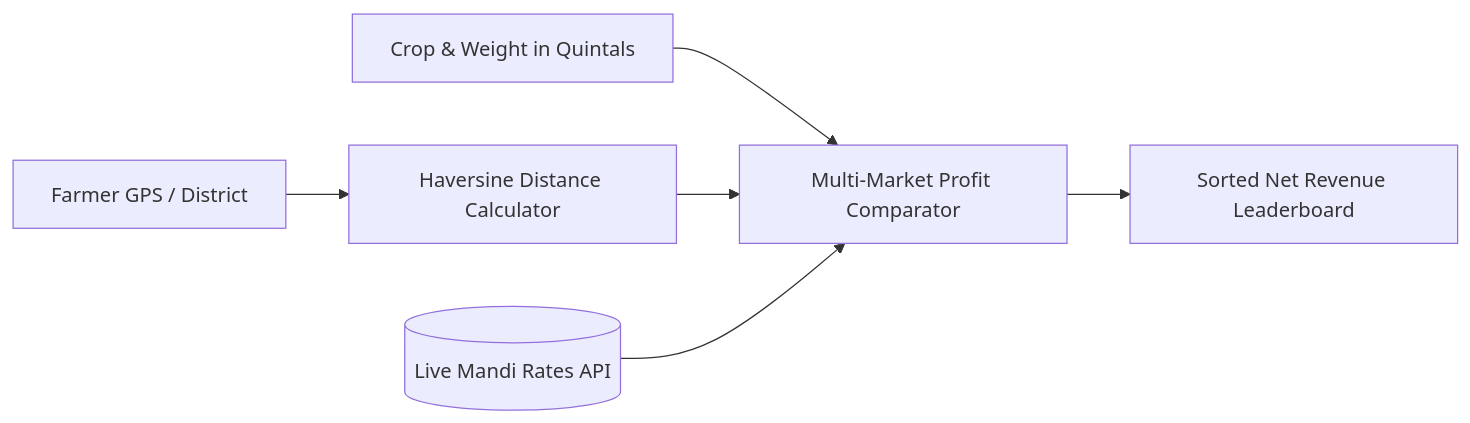
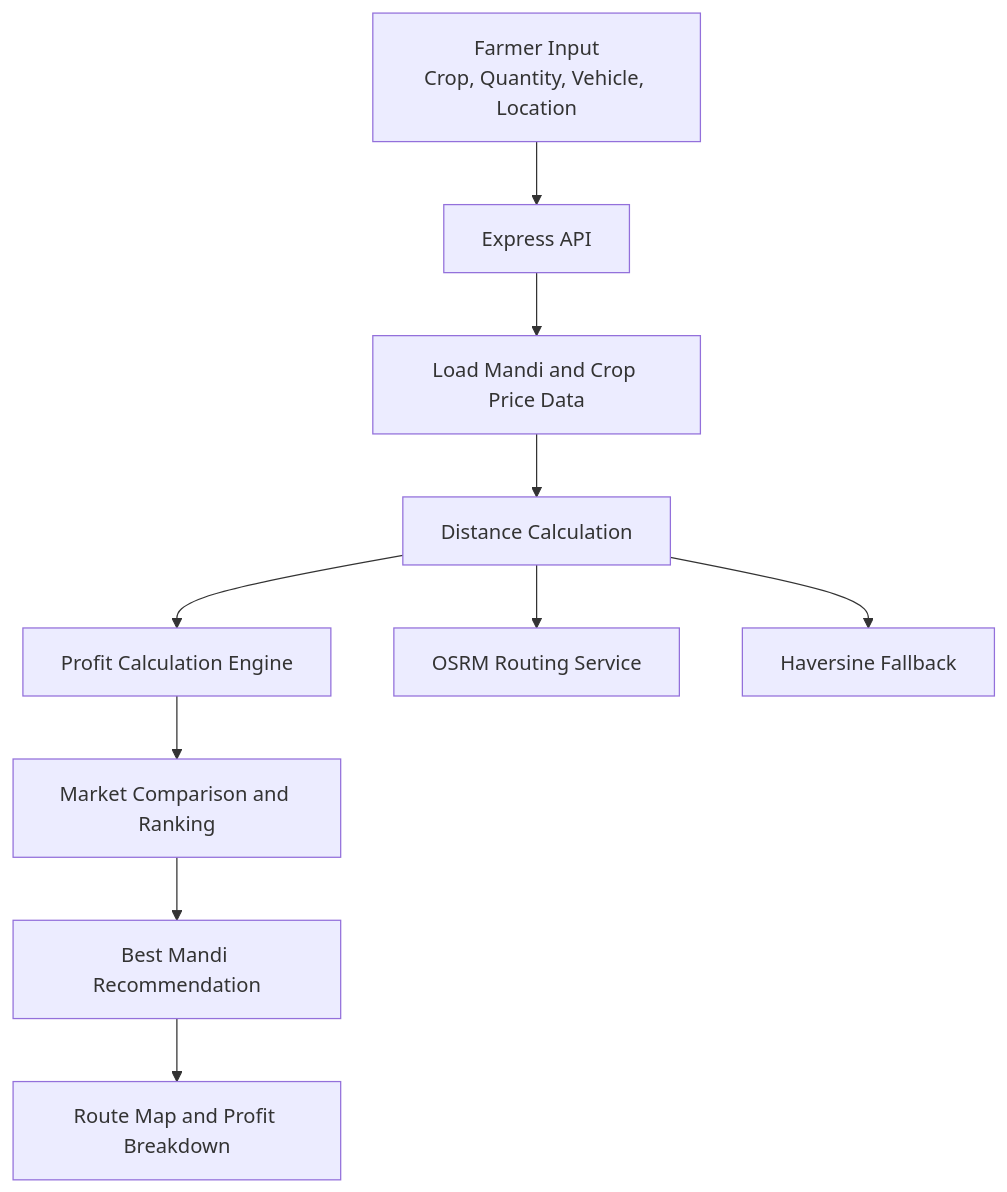
The diagram in README.md (Chethan13032005/krishi-route), drawn with Mermaid before and after one commit. The commit also changed other lines of this file, not shown here.

````diff
--- a/README.md
+++ b/README.md
@@ -296,8 +21,13 @@
 ```mermaid
-graph LR
-    Farmer[Farmer GPS / District] --> HaulCalc[Haversine Distance Calculator]
-    Crop[Crop & Weight in Quintals] --> ProfitEngine[Multi-Market Profit Comparator]
-    HaulCalc --> ProfitEngine
-    Prices[(Live Mandi Rates API)] --> ProfitEngine
-    ProfitEngine --> Ranking[Sorted Net Revenue Leaderboard]
+flowchart TD
+    A[Farmer Input<br/>Crop, Quantity, Vehicle, Location] --> B[Express API]
+    B --> C[Load Mandi and Crop Price Data]
+    C --> D[Distance Calculation]
+    D --> E[Profit Calculation Engine]
+    E --> F[Market Comparison and Ranking]
+    F --> G[Best Mandi Recommendation]
+    G --> H[Route Map and Profit Breakdown]
+
+    D --> I[OSRM Routing Service]
+    D --> J[Haversine Fallback]
 ```
````
